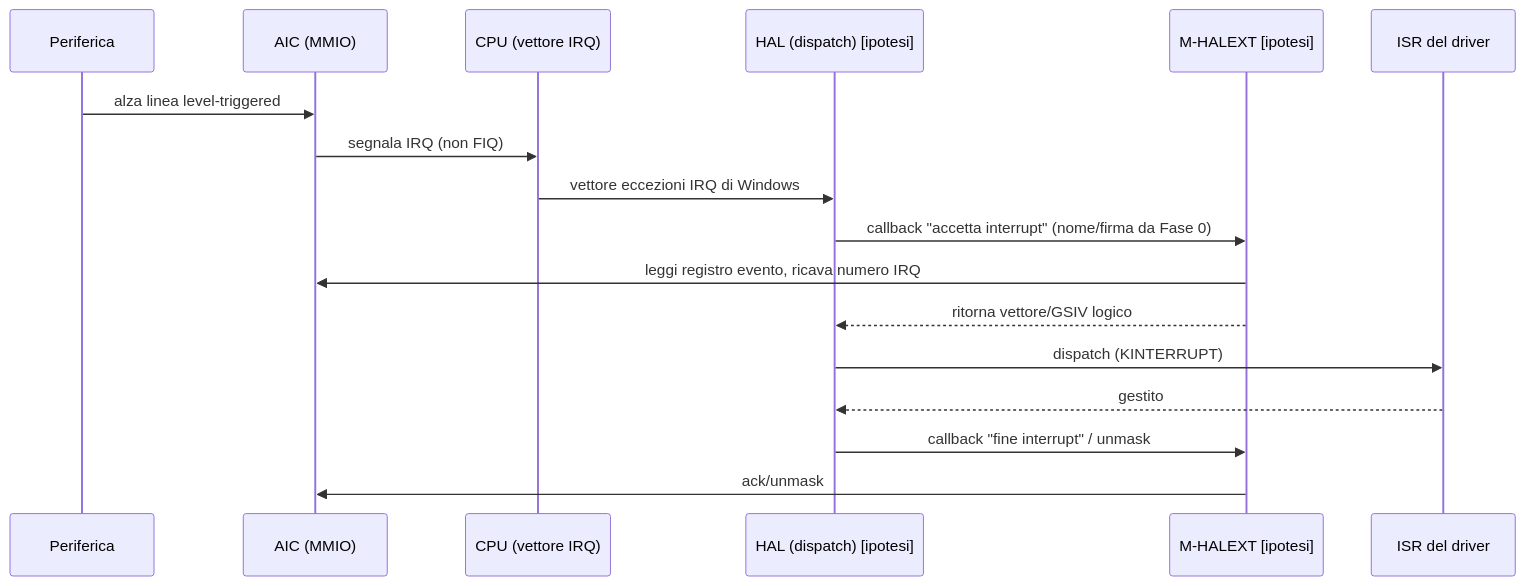
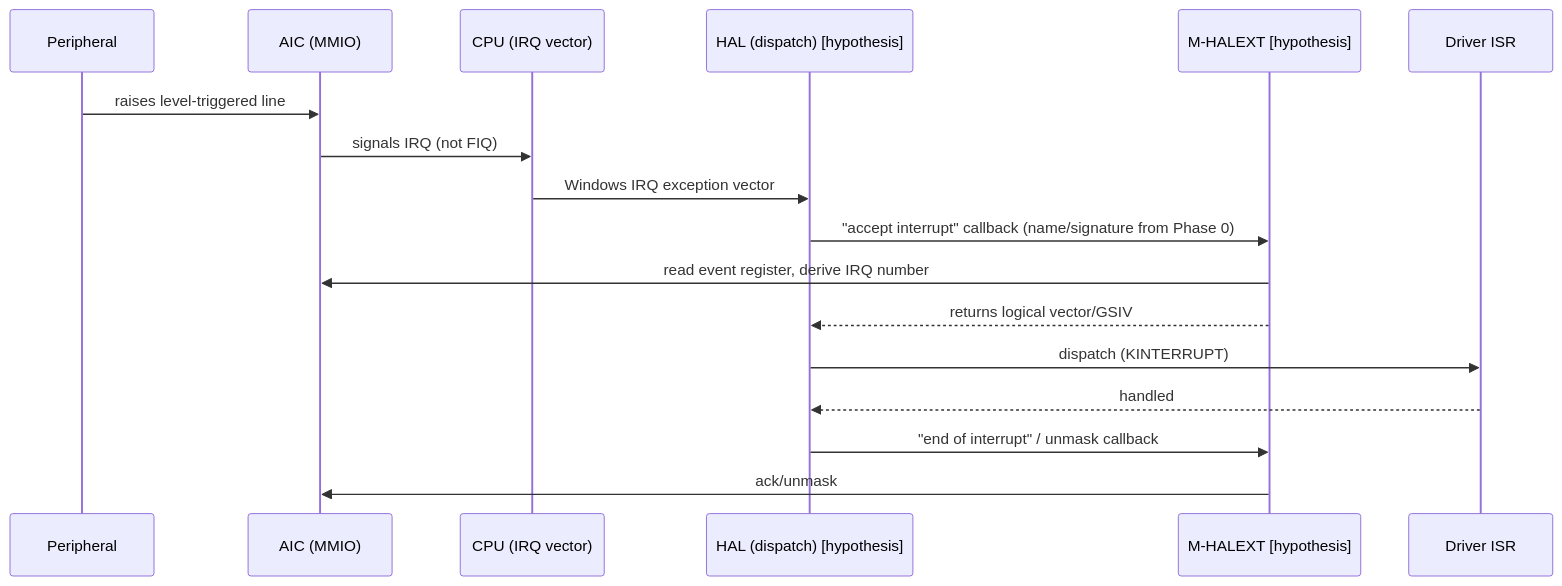
The fifth of 5 diagrams in docs/design/watariboot/ARCHITECTURE.md (ZonatedCord/WatariBoot), drawn with Mermaid before and after one commit. The commit also changed other lines of this file and 92 other files, not shown here.

````diff
--- a/docs/design/watariboot/ARCHITECTURE.md
+++ b/docs/design/watariboot/ARCHITECTURE.md
@@ -118,19 +118,19 @@
 ```mermaid
 sequenceDiagram
-  participant Dev as Periferica
+  participant Dev as Peripheral
   participant AIC as AIC (MMIO)
-  participant CPU as CPU (vettore IRQ)
-  participant Hal as HAL (dispatch) [ipotesi]
-  participant X as M-HALEXT [ipotesi]
-  participant ISR as ISR del driver
-  Dev->>AIC: alza linea level-triggered
-  AIC->>CPU: segnala IRQ (non FIQ)
-  CPU->>Hal: vettore eccezioni IRQ di Windows
-  Hal->>X: callback "accetta interrupt" (nome/firma da Fase 0)
-  X->>AIC: leggi registro evento, ricava numero IRQ
-  X-->>Hal: ritorna vettore/GSIV logico
+  participant CPU as CPU (IRQ vector)
+  participant Hal as HAL (dispatch) [hypothesis]
+  participant X as M-HALEXT [hypothesis]
+  participant ISR as Driver ISR
+  Dev->>AIC: raises level-triggered line
+  AIC->>CPU: signals IRQ (not FIQ)
+  CPU->>Hal: Windows IRQ exception vector
+  Hal->>X: "accept interrupt" callback (name/signature from Phase 0)
+  X->>AIC: read event register, derive IRQ number
+  X-->>Hal: returns logical vector/GSIV
   Hal->>ISR: dispatch (KINTERRUPT)
-  ISR-->>Hal: gestito
-  Hal->>X: callback "fine interrupt" / unmask
+  ISR-->>Hal: handled
+  Hal->>X: "end of interrupt" / unmask callback
   X->>AIC: ack/unmask
 ```
````
